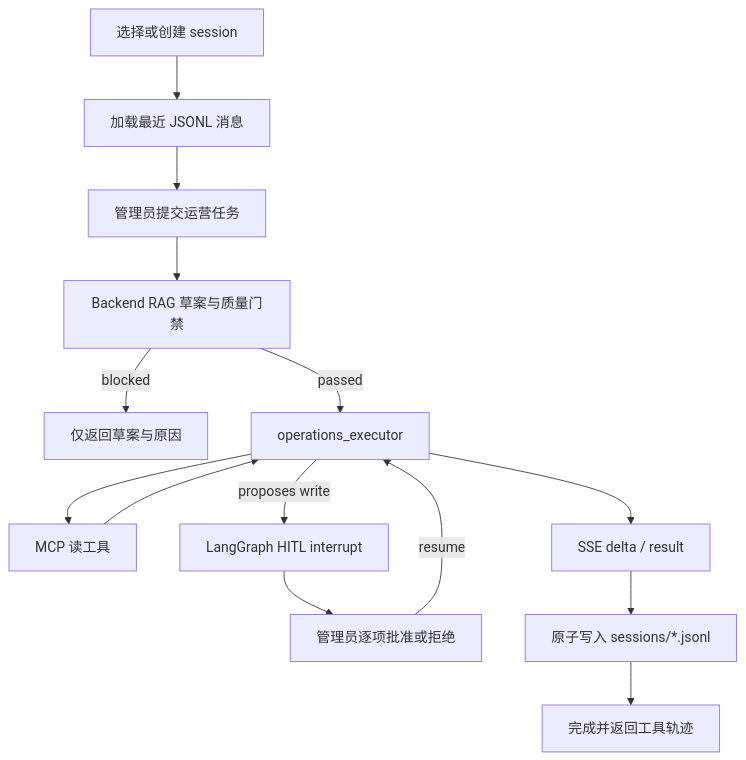
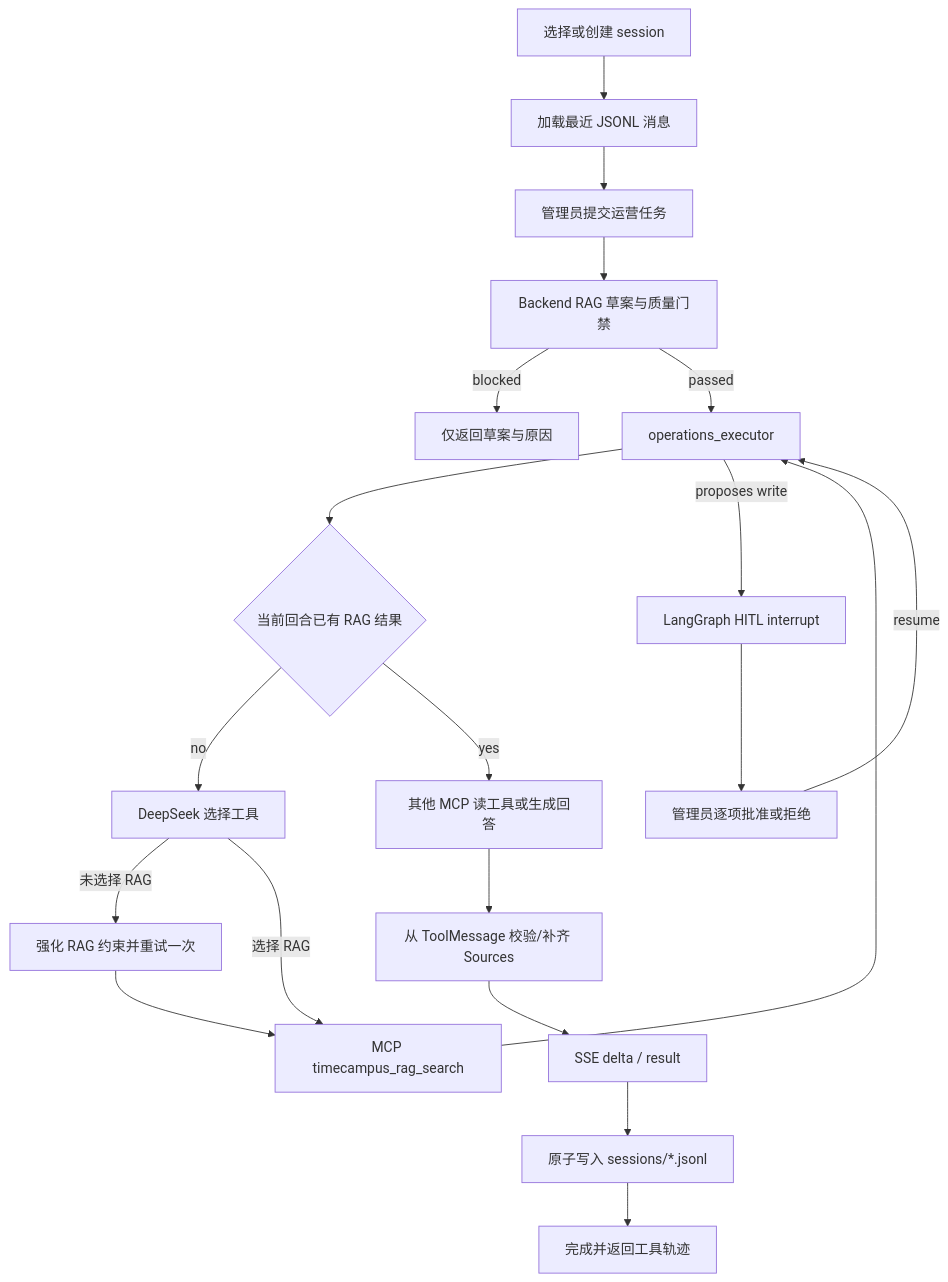
Before and after one commit to BUAA2026SE-404NotFound/TimeCampus-Agent: the second of 3 diagrams in docs/langgraph-agent.md, drawn with Mermaid.

Commit message:
docs: show grounded operations retry flow

````diff
--- a/docs/langgraph-agent.md
+++ b/docs/langgraph-agent.md
@@ -58,16 +58,22 @@
 ```mermaid
 flowchart TD
     Select["选择或创建 session"] --> Load["加载最近 JSONL 消息"]
     Load --> Request["管理员提交运营任务"]
     Request --> Gate["Backend RAG 草案与质量门禁"]
     Gate -->|blocked| DraftOnly["仅返回草案与原因"]
     Gate -->|passed| Executor["operations_executor"]
-    Executor --> Read["MCP 读工具"]
+    Executor --> RagCheck{"当前回合已有 RAG 结果"}
+    RagCheck -->|no| Model["DeepSeek 选择工具"]
+    Model -->|未选择 RAG| Retry["强化 RAG 约束并重试一次"]
+    Retry --> Read["MCP timecampus_rag_search"]
+    Model -->|选择 RAG| Read
+    RagCheck -->|yes| ReadMore["其他 MCP 读工具或生成回答"]
     Read --> Executor
-    Executor --> Stream["SSE delta / result"]
+    ReadMore --> Cite["从 ToolMessage 校验/补齐 Sources"]
+    Cite --> Stream["SSE delta / result"]
     Executor -->|proposes write| Interrupt["LangGraph HITL interrupt"]
     Interrupt --> Review["管理员逐项批准或拒绝"]
     Review -->|resume| Executor
     Stream --> Persist["原子写入 sessions/*.jsonl"]
     Persist --> Result["完成并返回工具轨迹"]
 ```
````
